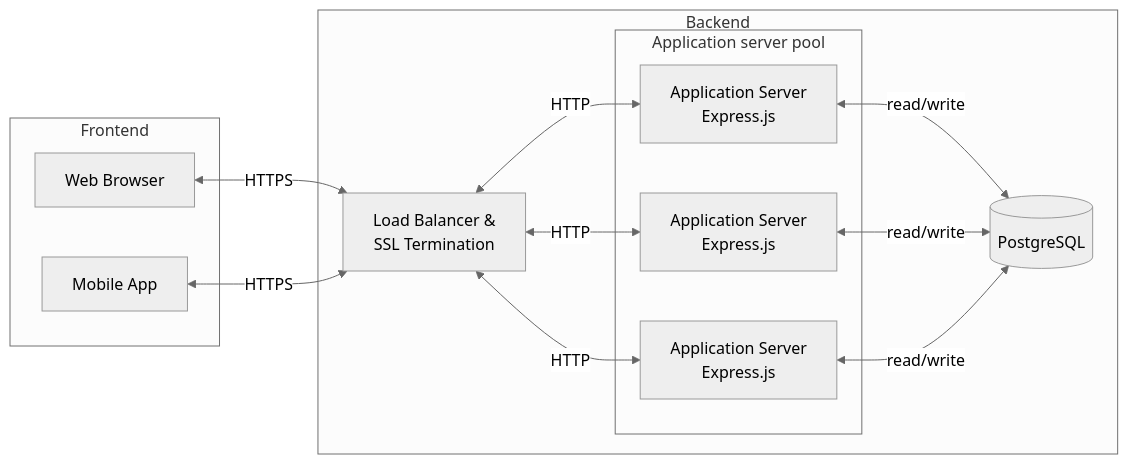
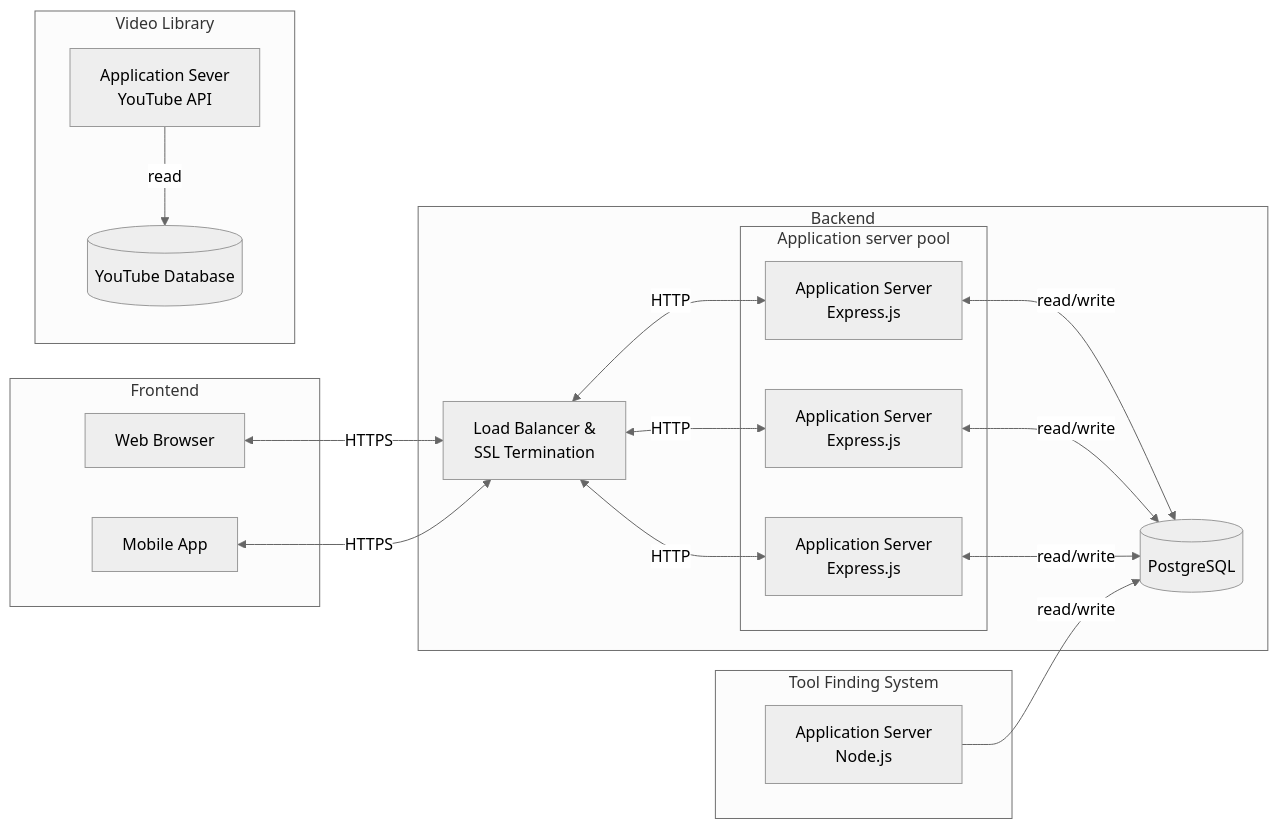
One commit to JustinG512/toolshed changed the diagram in documentation/docs/requirements/system-block-diagram.md. Above: the diagram before and after it, drawn with Mermaid (neutral theme). The commit also changed 22490 other files, not shown here.

````diff
--- a/documentation/docs/requirements/system-block-diagram.md
+++ b/documentation/docs/requirements/system-block-diagram.md
@@ -7,20 +7,29 @@
 ```mermaid
 graph LR
   subgraph backend [Backend]
   B[Load Balancer &\nSSL Termination] <-->|HTTP| C
   B <-->|HTTP| CC
   B <-->|HTTP| CCC
   subgraph Q [Application server pool]
   C[Application Server\nExpress.js]
   CC[Application Server\nExpress.js]
   CCC[Application Server\nExpress.js]
   end
   C <-->|read/write| D[(PostgreSQL)]
   CC <-->|read/write| D[(PostgreSQL)]
   CCC <-->|read/write| D[(PostgreSQL)]
   end
   subgraph frontend [Frontend]
   A[Web Browser] <-->|HTTPS| B
   E[Mobile App] <-->|HTTPS| B
   end
+  subgraph tool-finding-system [Tool Finding System]
+  TF[Application Server\nNode.js]
+  TF -->|read/write| D[(PostgreSQL)]
+  end
+  subgraph video-library [Video Library]
+  V[Application Sever\nYouTube API]
+  V -->|read| Y[(YouTube Database)]
+  end
+
 ```
````
